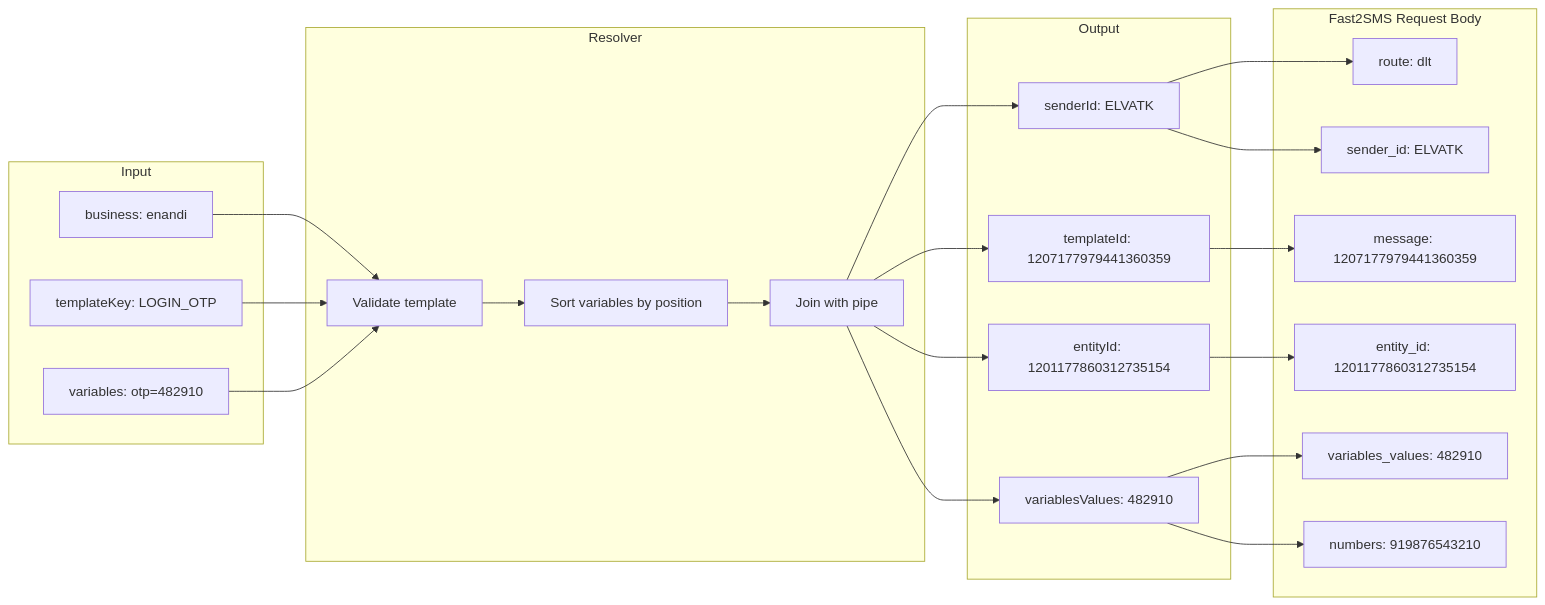
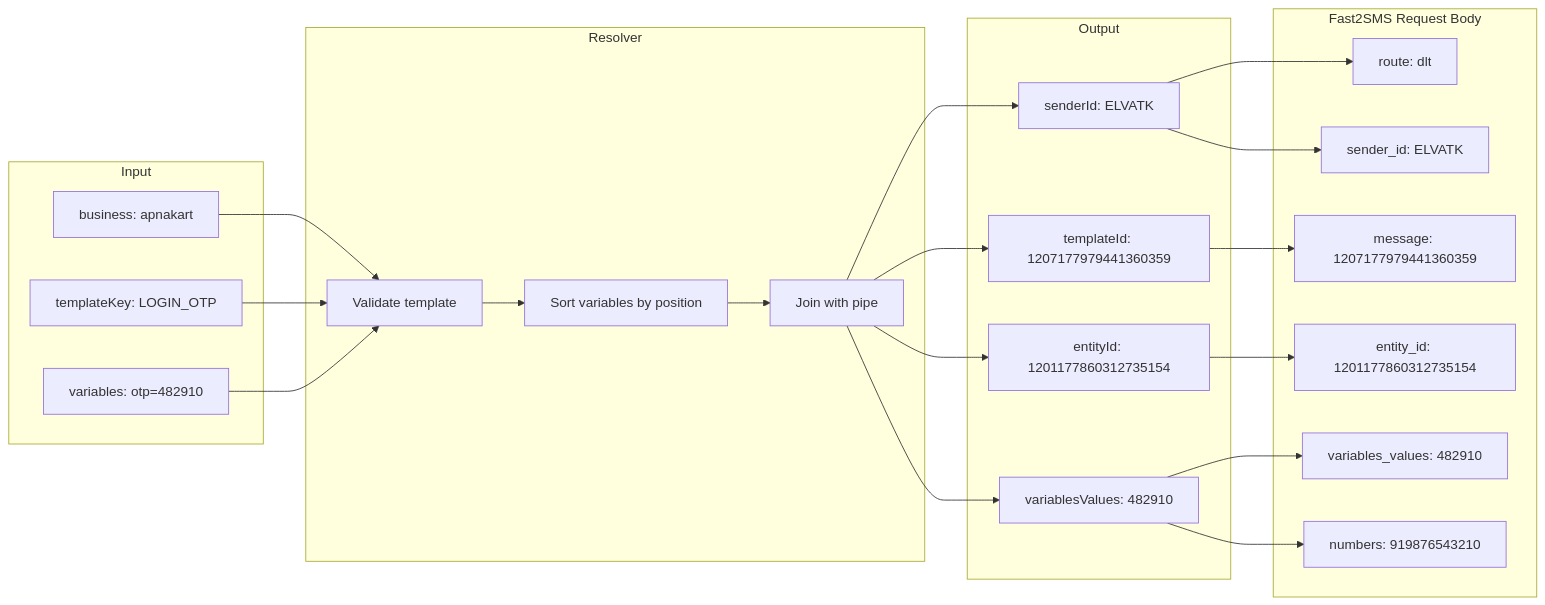
One commit to elva-tech/notify-service changed the third of 3 diagrams in docs/architecture/dlt-layer.md. Above: the diagram before and after it, drawn with Mermaid. The commit also changed other lines of this file and 93 other files, not shown here.

Commit message:
modified onboarding flow

````diff
--- a/docs/architecture/dlt-layer.md
+++ b/docs/architecture/dlt-layer.md
@@ -120,45 +120,45 @@
 ```mermaid
 flowchart LR
     subgraph input_sg["Input"]
-        B["business: enandi"]
+        B["business: apnakart"]
         TK["templateKey: LOGIN_OTP"]
         V["variables: otp=482910"]
     end
 
     subgraph resolver_sg["Resolver"]
         R1[Validate template]
         R2[Sort variables by position]
         R3[Join with pipe]
     end
 
     subgraph output_sg["Output"]
         P1["senderId: ELVATK"]
         P2["templateId: 1207177979441360359"]
         P3["entityId: 1201177860312735154"]
         P4["variablesValues: 482910"]
     end
 
     subgraph fast2sms_sg["Fast2SMS Request Body"]
         F1["route: dlt"]
         F2["sender_id: ELVATK"]
         F3["message: 1207177979441360359"]
         F4["variables_values: 482910"]
         F5["entity_id: 1201177860312735154"]
         F6["numbers: 919876543210"]
     end
 
     B --> R1
     TK --> R1
     V --> R1
     R1 --> R2 --> R3
     R3 --> P1
     R3 --> P2
     R3 --> P3
     R3 --> P4
     P1 --> F1
     P2 --> F3
     P3 --> F5
     P4 --> F4
     P1 --> F2
     P4 --> F6
 ```
````
